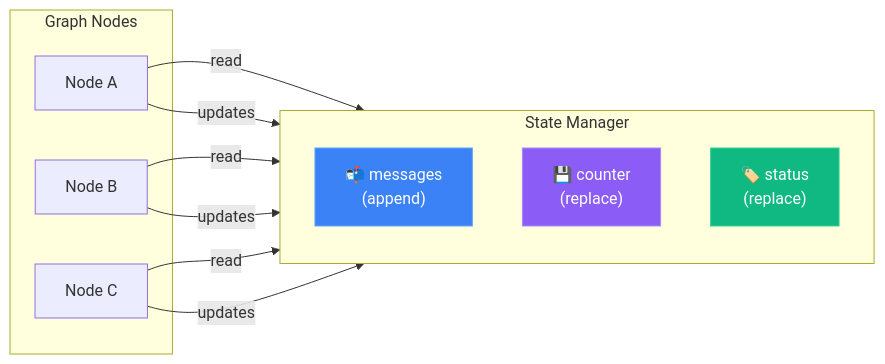
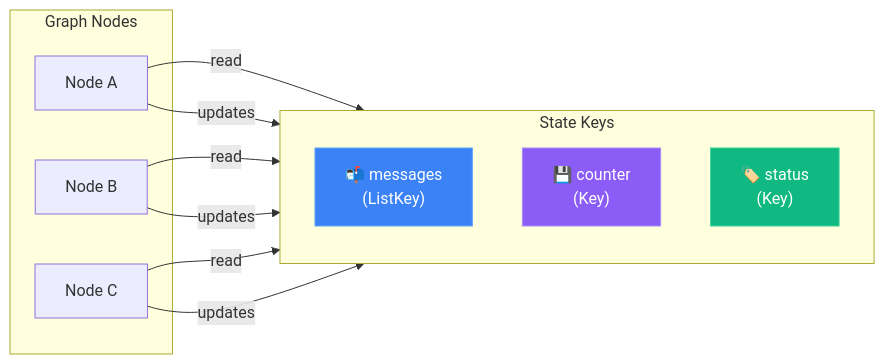
One commit to hupe1980/agentmesh changed the second of 3 diagrams in docs/core-concepts.md. Above: the diagram before and after it, drawn with Mermaid. The commit also changed other lines of this file and 199 other files, not shown here.

```diff
--- a/docs/core-concepts.md
+++ b/docs/core-concepts.md
@@ -275,26 +240,26 @@
 <div class="mermaid">
 flowchart LR
     subgraph Nodes["Graph Nodes"]
         N1[Node A]
         N2[Node B]
         N3[Node C]
     end
     
-    subgraph State["State Manager"]
+    subgraph State["State Keys"]
         direction TB
-        C1["📬 messages\n(append)"]
-        C2["💾 counter\n(replace)"]
-        C3["🏷️ status\n(replace)"]
+        C1["📬 messages\n(ListKey)"]
+        C2["💾 counter\n(Key)"]
+        C3["🏷️ status\n(Key)"]
     end
     
     N1 -->|"read"| State
     N1 -->|"updates"| State
     N2 -->|"read"| State
     N2 -->|"updates"| State
     N3 -->|"read"| State
     N3 -->|"updates"| State
     
     style C1 fill:#3b82f6,stroke:#60a5fa,color:#fff
     style C2 fill:#8b5cf6,stroke:#a78bfa,color:#fff
     style C3 fill:#10b981,stroke:#34d399,color:#fff
 </div>
```
